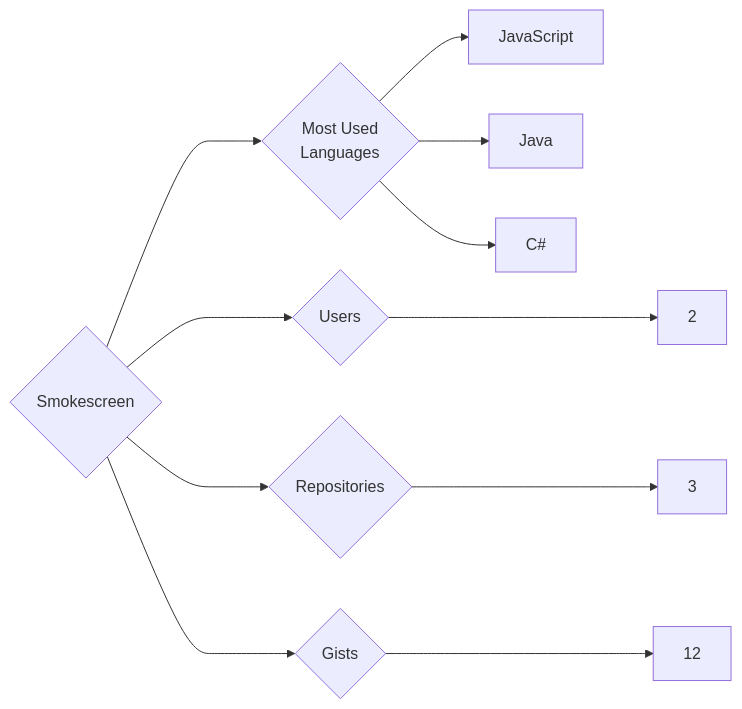
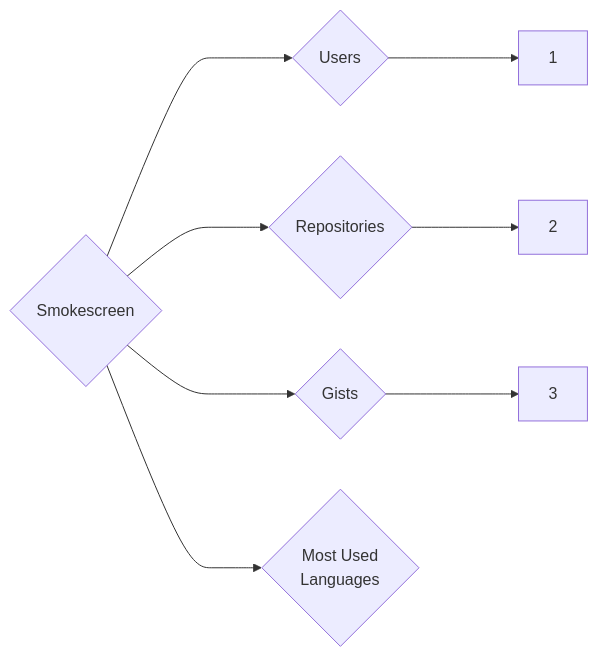
Before and after one commit to trickest/insiders: the diagram in targets/Smokescreen/README.md, drawn with Mermaid. The commit also changed 815 other files, not shown here.

````diff
--- a/targets/Smokescreen/README.md
+++ b/targets/Smokescreen/README.md
@@ -3,11 +3,8 @@
 ```mermaid
 graph LR
 COMPANY_NAME{Smokescreen}
-COMPANY_NAME ---> U{Users} ---> UN[2]
-COMPANY_NAME ---> R{Repositories} ---> RN[3]
-COMPANY_NAME ---> G{Gists} ---> GN[12]
+COMPANY_NAME ---> U{Users} ---> UN[1]
+COMPANY_NAME ---> R{Repositories} ---> RN[2]
+COMPANY_NAME ---> G{Gists} ---> GN[3]
 COMPANY_NAME ---> ML{Most Used<br>Languages}
-ML --> JavaScript[JavaScript]
-ML --> Java[Java]
-ML --> C#[C#]
 ```
````
